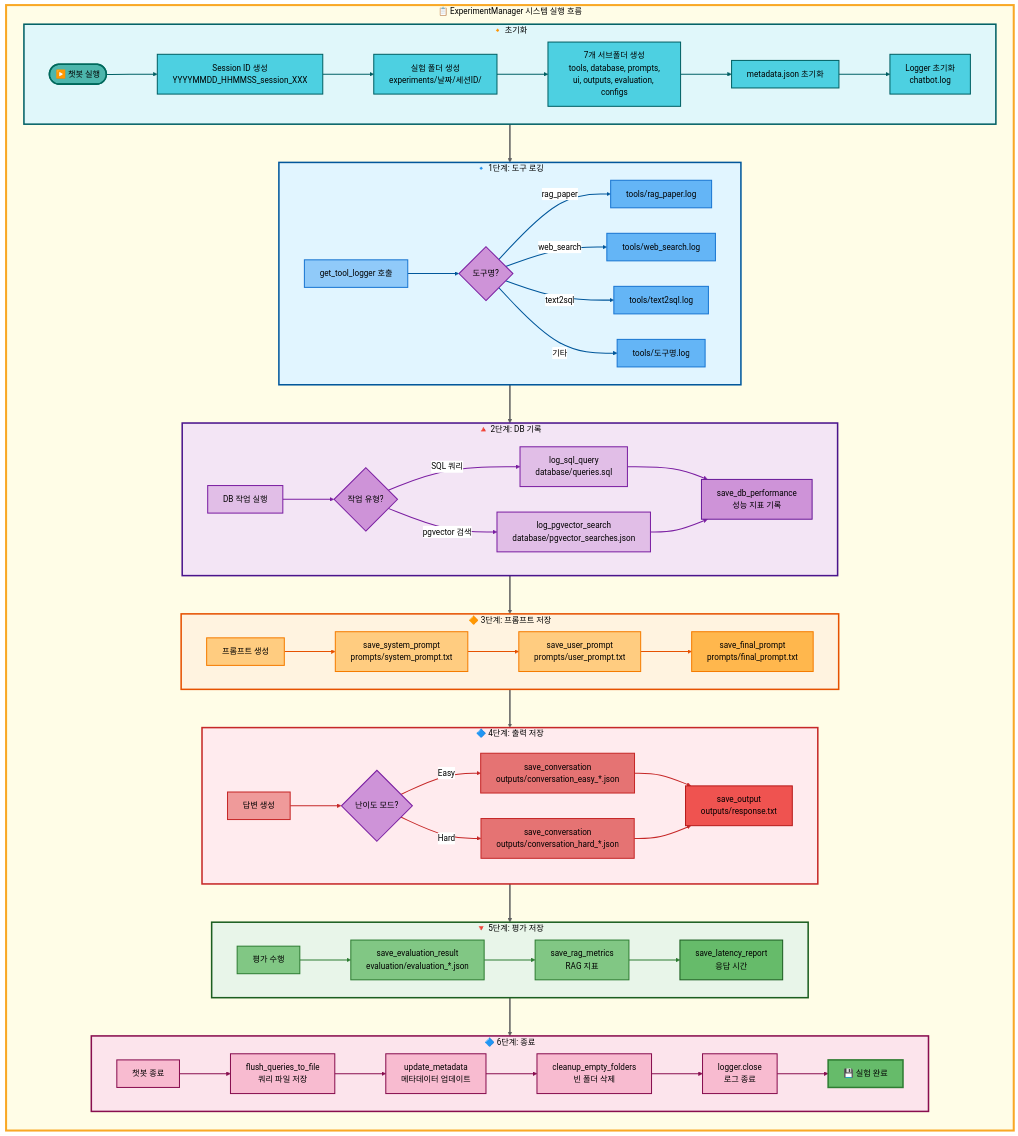
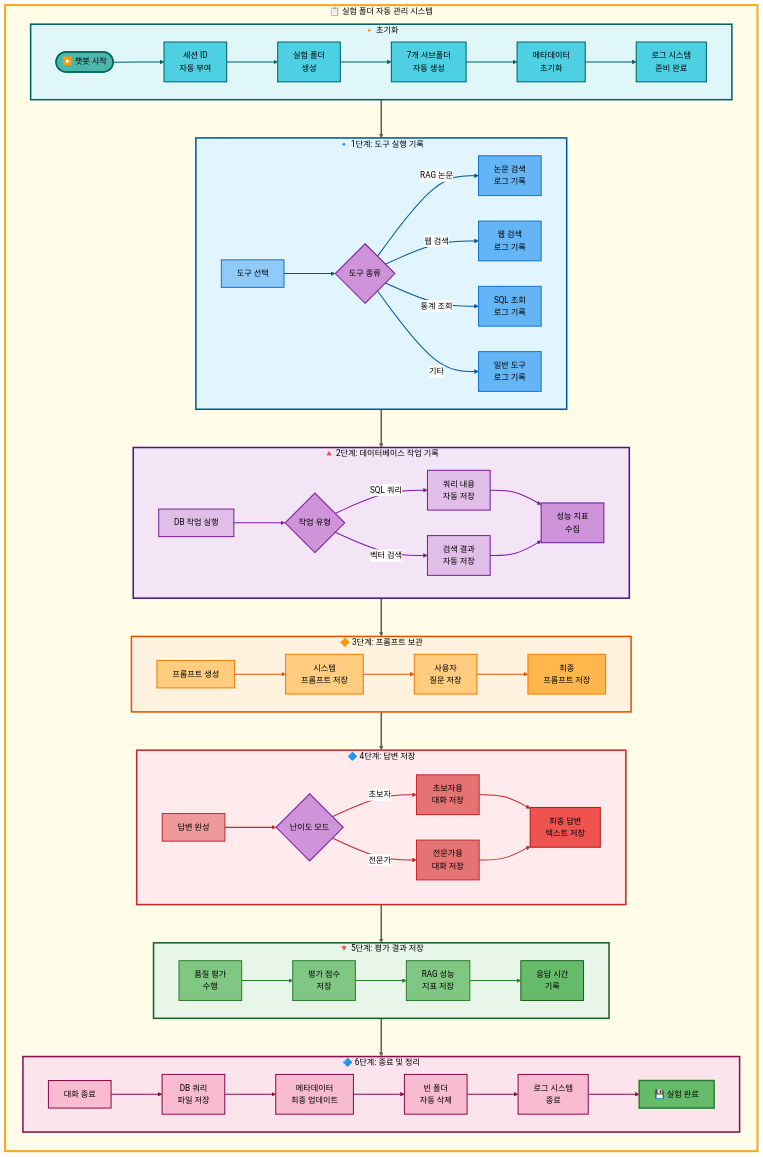
The second of 2 diagrams in README.md (AIBootcamp14/langchainproject-new-langchainproject_5), drawn with Mermaid (neutral theme) before and after one commit.

Commit message:
docs: ExperimentManager 다이어그램 비개발자 대상 단순 흐름도로 변경
- 메서드명/파일 경로 제거하여 가독성 향상
- 한글 중심 설명으로 기능 중심 표현
- 기술 용어 최소화하여 비개발자도 이해 가능
- 01_전체_아키텍처.md 단순 흐름도 스타일 적용
- MainFlow 제목 변경: 실험 폴더 자동 관리 시스템
- 각 단계별 한글 설명 명확화

````diff
--- a/README.md
+++ b/README.md
@@ -1468,64 +1468,64 @@
 ```mermaid
 graph TB
-    subgraph MainFlow["📋 ExperimentManager 시스템 실행 흐름"]
+    subgraph MainFlow["📋 실험 폴더 자동 관리 시스템"]
         direction TB
 
         subgraph Init["🔸 초기화"]
             direction LR
-            A([▶️ 챗봇 실행]) --> B[Session ID 생성<br/>YYYYMMDD_HHMMSS_session_XXX]
-            B --> C[실험 폴더 생성<br/>experiments/날짜/세션ID/]
-            C --> D[7개 서브폴더 생성<br/>tools, database, prompts,<br/>ui, outputs, evaluation, configs]
-            D --> E[metadata.json 초기화]
-            E --> F[Logger 초기화<br/>chatbot.log]
+            A([▶️ 챗봇 시작]) --> B[세션 ID<br/>자동 부여]
+            B --> C[실험 폴더<br/>생성]
+            C --> D[7개 서브폴더<br/>자동 생성]
+            D --> E[메타데이터<br/>초기화]
+            E --> F[로그 시스템<br/>준비 완료]
         end
 
-        subgraph Tools["🔹 1단계: 도구 로깅"]
+        subgraph Tools["🔹 1단계: 도구 실행 기록"]
             direction LR
-            G[get_tool_logger 호출] --> H{도구명?}
-            H -->|rag_paper| I[tools/rag_paper.log]
-            H -->|web_search| J[tools/web_search.log]
-            H -->|text2sql| K[tools/text2sql.log]
-            H -->|기타| L[tools/도구명.log]
+            G[도구 선택] --> H{도구 종류}
+            H -->|RAG 논문| I[논문 검색<br/>로그 기록]
+            H -->|웹 검색| J[웹 검색<br/>로그 기록]
+            H -->|통계 조회| K[SQL 조회<br/>로그 기록]
+            H -->|기타| L[일반 도구<br/>로그 기록]
         end
 
-        subgraph Database["🔺 2단계: DB 기록"]
+        subgraph Database["🔺 2단계: 데이터베이스 작업 기록"]
             direction LR
-            M[DB 작업 실행] --> N{작업 유형?}
-            N -->|SQL 쿼리| O[log_sql_query<br/>database/queries.sql]
-            N -->|pgvector 검색| P[log_pgvector_search<br/>database/pgvector_searches.json]
-            O --> Q[save_db_performance<br/>성능 지표 기록]
+            M[DB 작업 실행] --> N{작업 유형}
+            N -->|SQL 쿼리| O[쿼리 내용<br/>자동 저장]
+            N -->|벡터 검색| P[검색 결과<br/>자동 저장]
+            O --> Q[성능 지표<br/>수집]
             P --> Q
         end
 
-        subgraph Prompts["🔶 3단계: 프롬프트 저장"]
+        subgraph Prompts["🔶 3단계: 프롬프트 보관"]
             direction LR
-            R[프롬프트 생성] --> S[save_system_prompt<br/>prompts/system_prompt.txt]
-            S --> T[save_user_prompt<br/>prompts/user_prompt.txt]
-            T --> U[save_final_prompt<br/>prompts/final_prompt.txt]
+            R[프롬프트 생성] --> S[시스템<br/>프롬프트 저장]
+            S --> T[사용자<br/>질문 저장]
+            T --> U[최종<br/>프롬프트 저장]
         end
 
-        subgraph Outputs["🔷 4단계: 출력 저장"]
+        subgraph Outputs["🔷 4단계: 답변 저장"]
             direction LR
-            V[답변 생성] --> W{난이도 모드?}
-            W -->|Easy| X[save_conversation<br/>outputs/conversation_easy_*.json]
-            W -->|Hard| Y[save_conversation<br/>outputs/conversation_hard_*.json]
-            X --> Z[save_output<br/>outputs/response.txt]
+            V[답변 완성] --> W{난이도 모드}
+            W -->|초보자| X[초보자용<br/>대화 저장]
+            W -->|전문가| Y[전문가용<br/>대화 저장]
+            X --> Z[최종 답변<br/>텍스트 저장]
             Y --> Z
         end
 
-        subgraph Evaluation["🔻 5단계: 평가 저장"]
+        subgraph Evaluation["🔻 5단계: 평가 결과 저장"]
             direction LR
-            AA[평가 수행] --> AB[save_evaluation_result<br/>evaluation/evaluation_*.json]
-            AB --> AC[save_rag_metrics<br/>RAG 지표]
-            AC --> AD[save_latency_report<br/>응답 시간]
+            AA[품질 평가<br/>수행] --> AB[평가 점수<br/>저장]
+            AB --> AC[RAG 성능<br/>지표 저장]
+            AC --> AD[응답 시간<br/>기록]
         end
 
-        subgraph Close["🔷 6단계: 종료"]
+        subgraph Close["🔷 6단계: 종료 및 정리"]
             direction LR
-            AE[챗봇 종료] --> AF[flush_queries_to_file<br/>쿼리 파일 저장]
-            AF --> AG[update_metadata<br/>메타데이터 업데이트]
-            AG --> AH[cleanup_empty_folders<br/>빈 폴더 삭제]
-            AH --> AI[logger.close<br/>로그 종료]
+            AE[대화 종료] --> AF[DB 쿼리<br/>파일 저장]
+            AF --> AG[메타데이터<br/>최종 업데이트]
+            AG --> AH[빈 폴더<br/>자동 삭제]
+            AH --> AI[로그 시스템<br/>종료]
             AI --> AJ[💾 실험 완료]
         end
 
````
